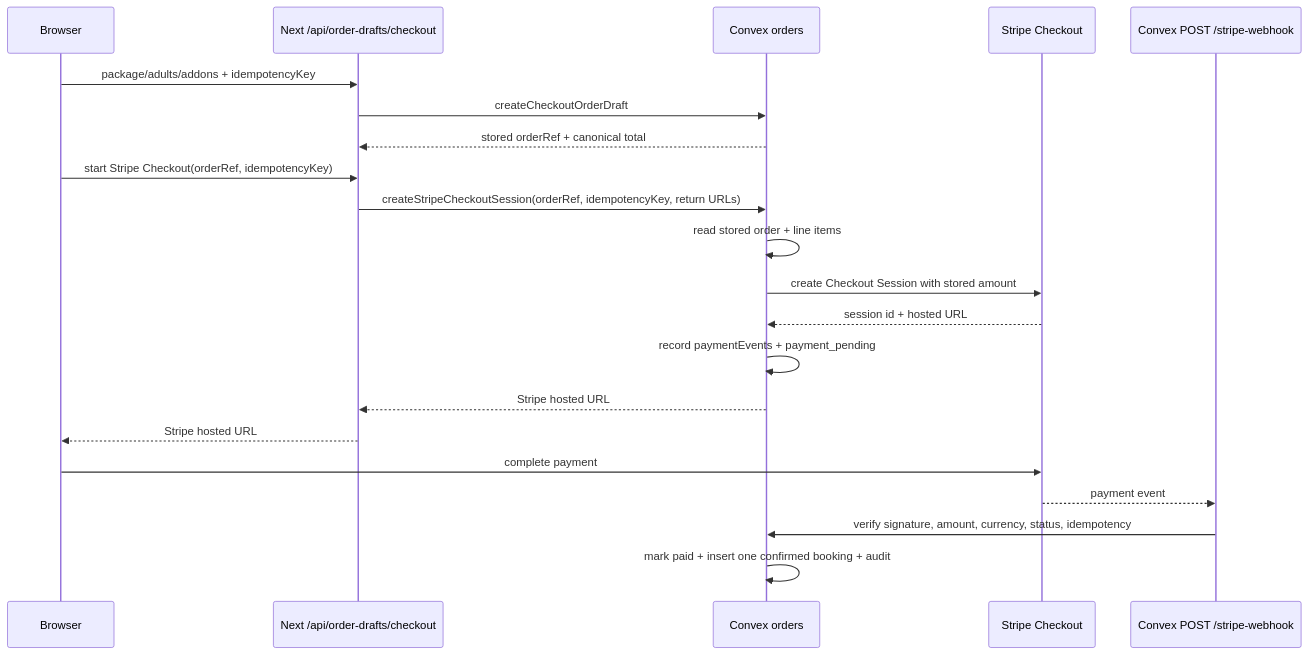
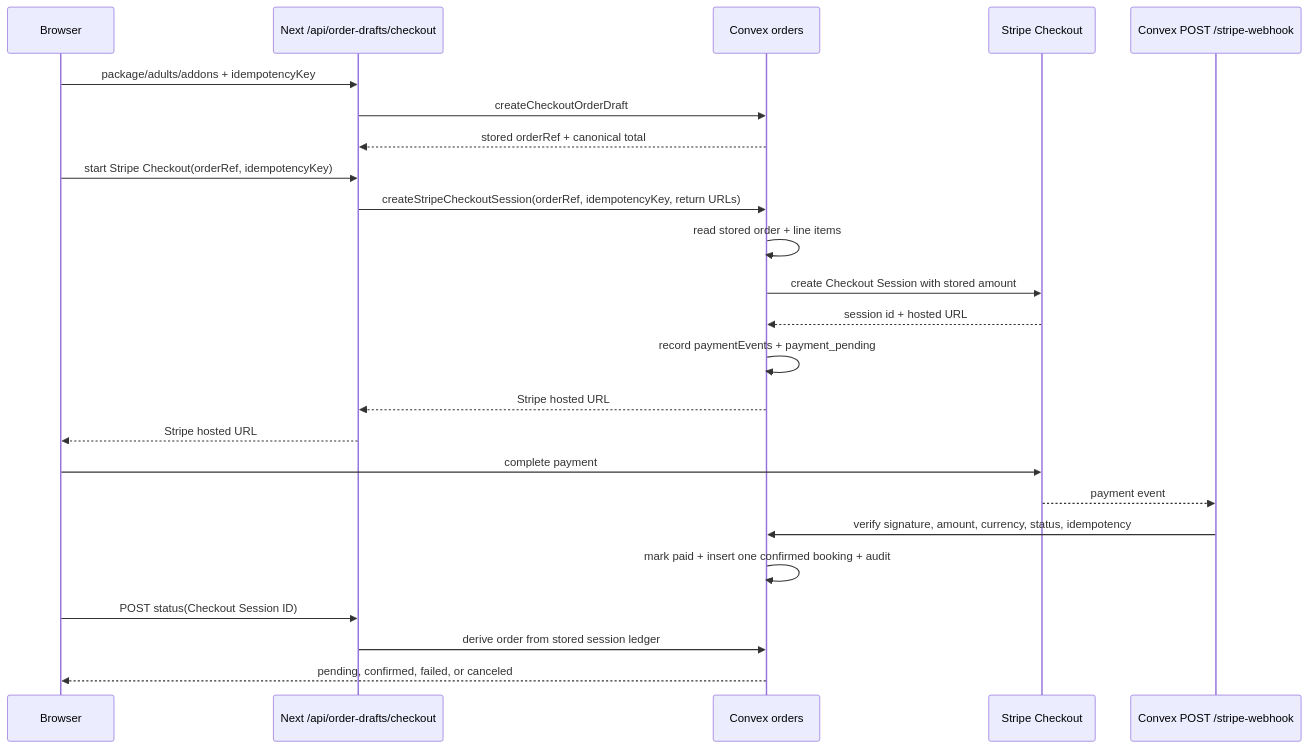
Before and after one commit to junyengit/skyla: the diagram in docs/runbooks/stripe-checkout-cutover.md, drawn with Mermaid. The commit also changed other lines of this file and 17 other files, not shown here.

Commit message:
Verify Checkout returns from stored payment state

````diff
--- a/docs/runbooks/stripe-checkout-cutover.md
+++ b/docs/runbooks/stripe-checkout-cutover.md
@@ -45,24 +45,27 @@
 ```mermaid
 sequenceDiagram
   participant Browser
   participant Next as Next /api/order-drafts/checkout
   participant Convex as Convex orders
   participant Stripe as Stripe Checkout
   participant Webhook as Convex POST /stripe-webhook
 
   Browser->>Next: package/adults/addons + idempotencyKey
   Next->>Convex: createCheckoutOrderDraft
   Convex-->>Next: stored orderRef + canonical total
   Browser->>Next: start Stripe Checkout(orderRef, idempotencyKey)
   Next->>Convex: createStripeCheckoutSession(orderRef, idempotencyKey, return URLs)
   Convex->>Convex: read stored order + line items
   Convex->>Stripe: create Checkout Session with stored amount
   Stripe-->>Convex: session id + hosted URL
   Convex->>Convex: record paymentEvents + payment_pending
   Convex-->>Next: Stripe hosted URL
   Next-->>Browser: Stripe hosted URL
   Browser->>Stripe: complete payment
   Stripe-->>Webhook: payment event
   Webhook->>Convex: verify signature, amount, currency, status, idempotency
   Convex->>Convex: mark paid + insert one confirmed booking + audit
+  Browser->>Next: POST status(Checkout Session ID)
+  Next->>Convex: derive order from stored session ledger
+  Convex-->>Browser: pending, confirmed, failed, or canceled
 ```
````
